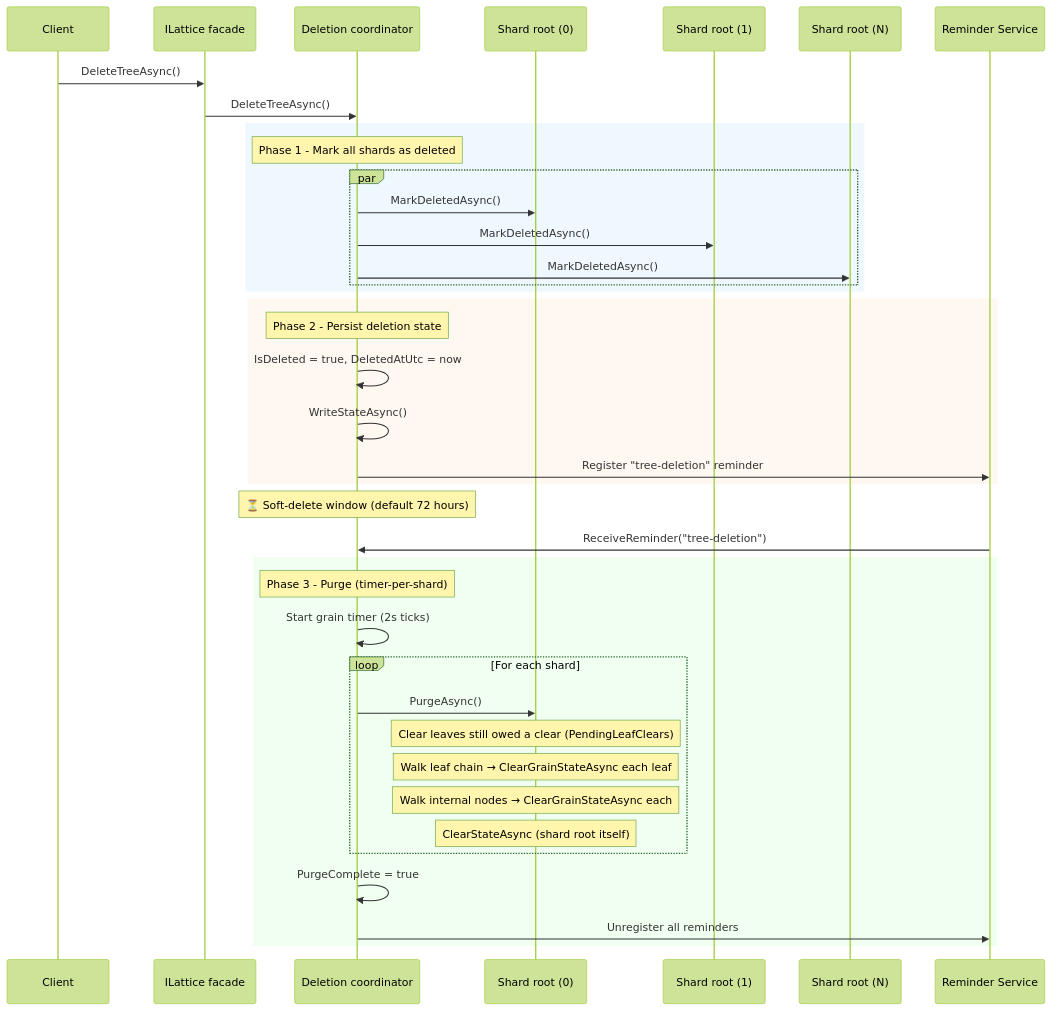
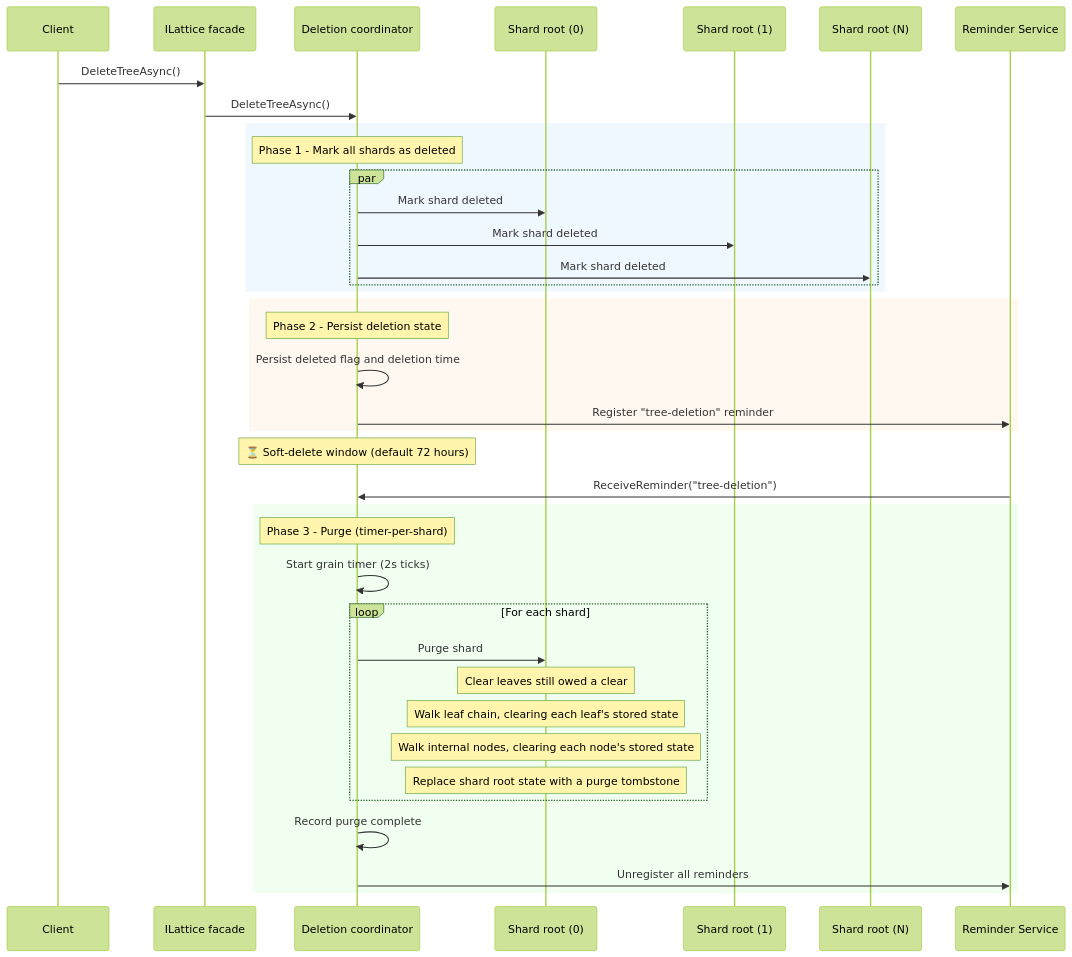
The diagram in docs/lattice/tree-deletion.md (NSTA1/Orleans.Lattice), drawn with Mermaid (forest theme) before and after one commit. The commit also changed other lines of this file and 394 other files, not shown here.

````diff
--- a/docs/lattice/tree-deletion.md
+++ b/docs/lattice/tree-deletion.md
@@ -24,47 +24,46 @@
 ```mermaid
 sequenceDiagram
     participant Client
     participant L as ILattice facade
     participant D as Deletion coordinator
     participant S0 as Shard root (0)
     participant S1 as Shard root (1)
     participant SN as Shard root (N)
     participant R as Reminder Service
 
     Client->>L: DeleteTreeAsync()
     L->>D: DeleteTreeAsync()
 
     rect rgb(240, 248, 255)
     Note over D: Phase 1 - Mark all shards as deleted
     par
-        D->>S0: MarkDeletedAsync()
-        D->>S1: MarkDeletedAsync()
-        D->>SN: MarkDeletedAsync()
+        D->>S0: Mark shard deleted
+        D->>S1: Mark shard deleted
+        D->>SN: Mark shard deleted
     end
     end
 
     rect rgb(255, 248, 240)
     Note over D: Phase 2 - Persist deletion state
-    D->>D: IsDeleted = true, DeletedAtUtc = now
-    D->>D: WriteStateAsync()
+    D->>D: Persist deleted flag and deletion time
     D->>R: Register "tree-deletion" reminder
     end
 
     Note over D: ⏳ Soft-delete window (default 72 hours)
 
     R->>D: ReceiveReminder("tree-deletion")
 
     rect rgb(240, 255, 240)
     Note over D: Phase 3 - Purge (timer-per-shard)
     D->>D: Start grain timer (2s ticks)
     loop For each shard
-        D->>S0: PurgeAsync()
-        Note over S0: Clear leaves still owed a clear (PendingLeafClears)
-        Note over S0: Walk leaf chain → ClearGrainStateAsync each leaf
-        Note over S0: Walk internal nodes → ClearGrainStateAsync each
-        Note over S0: ClearStateAsync (shard root itself)
+        D->>S0: Purge shard
+        Note over S0: Clear leaves still owed a clear
+        Note over S0: Walk leaf chain, clearing each leaf's stored state
+        Note over S0: Walk internal nodes, clearing each node's stored state
+        Note over S0: Replace shard root state with a purge tombstone
     end
-    D->>D: PurgeComplete = true
+    D->>D: Record purge complete
     D->>R: Unregister all reminders
     end
 ```
````
